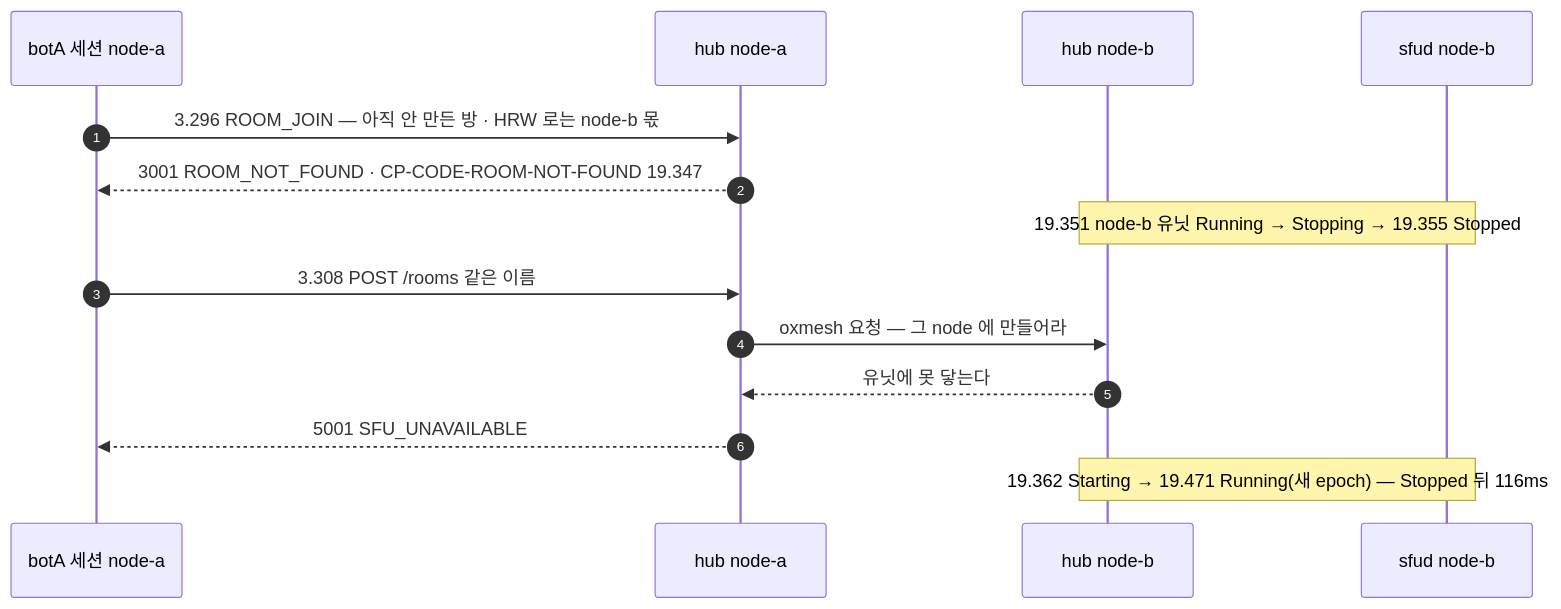
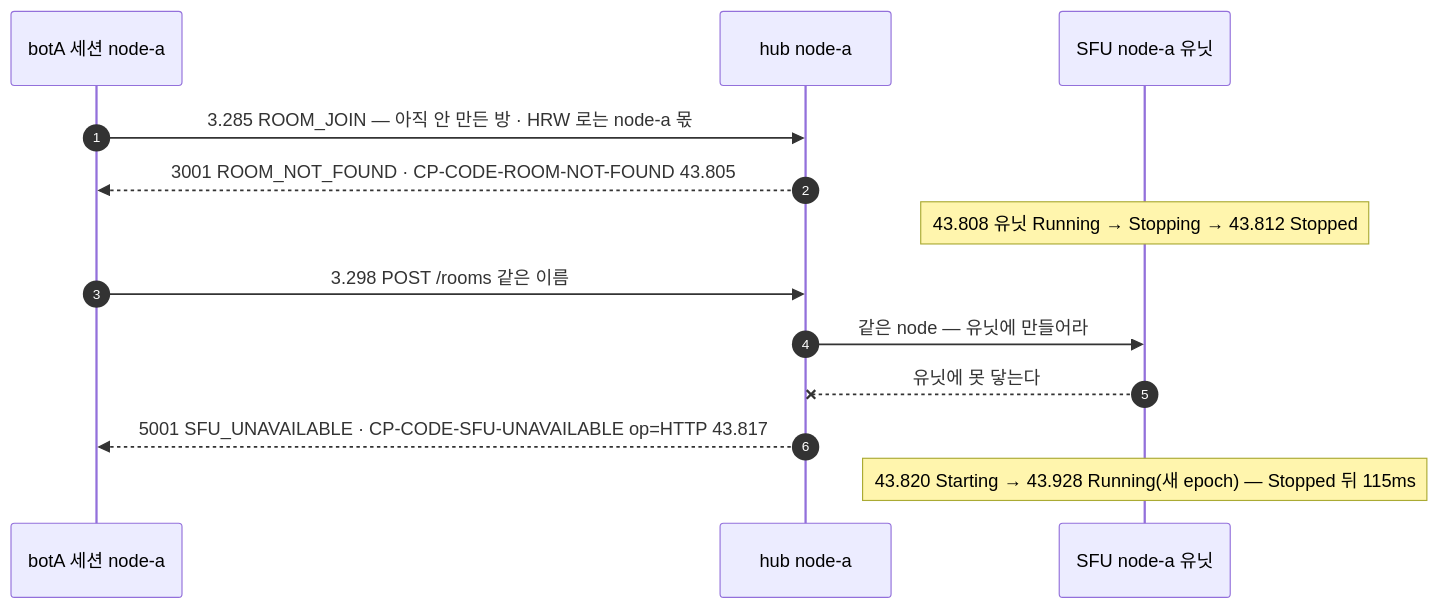
One commit to kodeholic9/oxlens-sfu changed the second of 2 diagrams in docs/learn/12_ERRORS.md. Above: the diagram before and after it, drawn with Mermaid. The commit also changed other lines of this file and 19 other files, not shown here.

````diff
--- a/docs/learn/12_ERRORS.md
+++ b/docs/learn/12_ERRORS.md
@@ -126,16 +161,15 @@
 ```mermaid
 sequenceDiagram
   autonumber
   participant A as botA 세션 node-a
   participant HA as hub node-a
-  participant HB as hub node-b
-  participant SB as sfud node-b
-  A->>HA: 3.296 ROOM_JOIN — 아직 안 만든 방 · HRW 로는 node-b 몫
-  HA-->>A: 3001 ROOM_NOT_FOUND · CP-CODE-ROOM-NOT-FOUND 19.347
-  Note over HB,SB: 19.351 node-b 유닛 Running → Stopping → 19.355 Stopped
-  A->>HA: 3.308 POST /rooms 같은 이름
-  HA->>HB: oxmesh 요청 — 그 node 에 만들어라
-  HB-->>HA: 유닛에 못 닿는다
-  HA-->>A: 5001 SFU_UNAVAILABLE
-  Note over HB,SB: 19.362 Starting → 19.471 Running(새 epoch) — Stopped 뒤 116ms
+  participant SA as SFU node-a 유닛
+  A->>HA: 3.285 ROOM_JOIN — 아직 안 만든 방 · HRW 로는 node-a 몫
+  HA-->>A: 3001 ROOM_NOT_FOUND · CP-CODE-ROOM-NOT-FOUND 43.805
+  Note over SA: 43.808 유닛 Running → Stopping → 43.812 Stopped
+  A->>HA: 3.298 POST /rooms 같은 이름
+  HA->>SA: 같은 node — 유닛에 만들어라
+  SA--xHA: 유닛에 못 닿는다
+  HA-->>A: 5001 SFU_UNAVAILABLE · CP-CODE-SFU-UNAVAILABLE op=HTTP 43.817
+  Note over SA: 43.820 Starting → 43.928 Running(새 epoch) — Stopped 뒤 115ms
 ```
````
